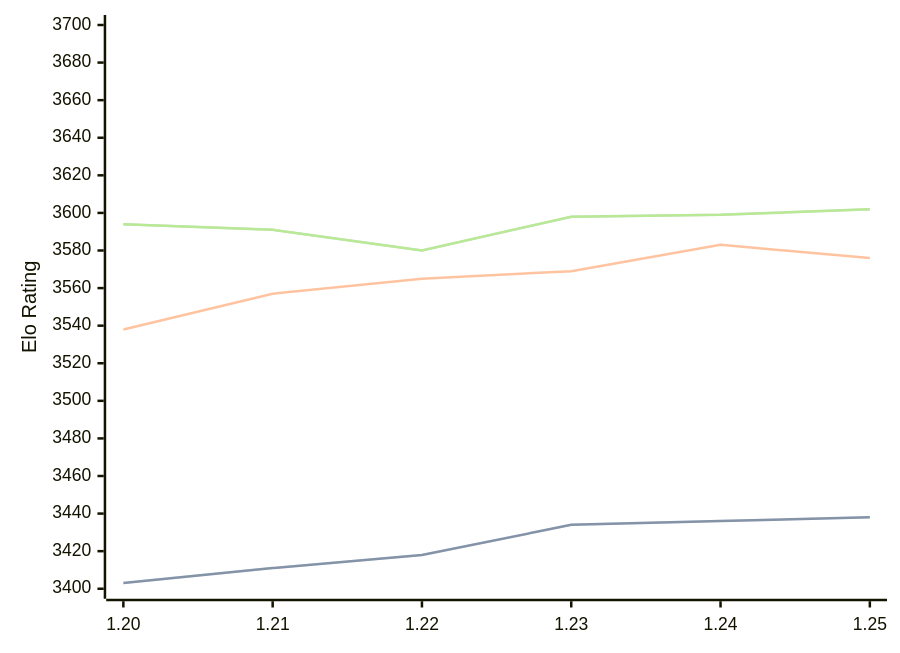
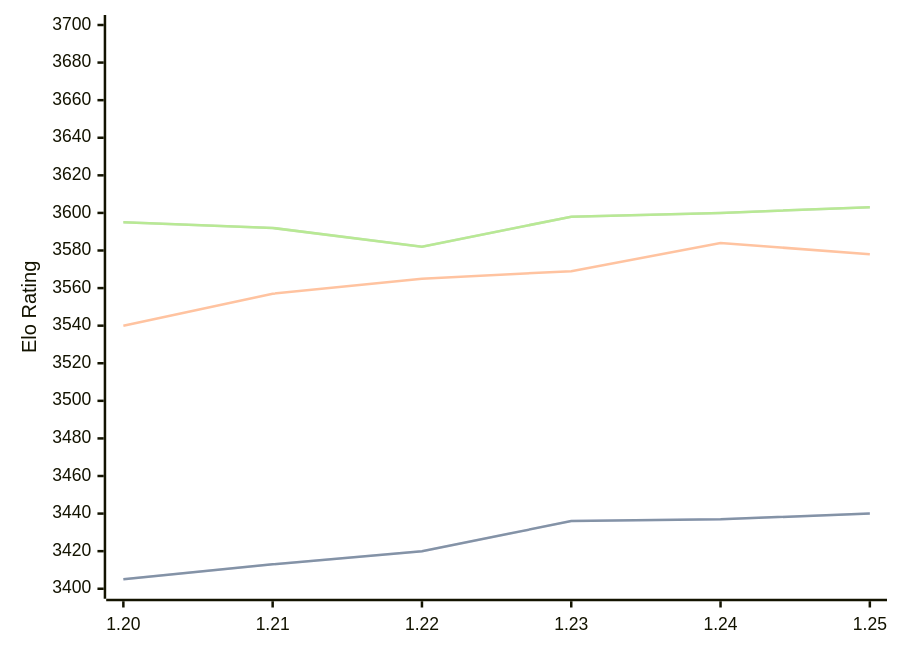
The diagram in engines/Caissa.md (computer-chess-index/cci), drawn with Mermaid before and after one commit. The commit also changed other lines of this file, not shown here.

Commit message:
Update CCI Ratings (ELO VLTC) - 2026-05-14

````diff
--- a/engines/Caissa.md
+++ b/engines/Caissa.md
@@ -65,11 +65,11 @@
 ```mermaid
 %%{init: {"theme":"base","themeVariables":{"seriesColors:['#a3a3a3','#222221','#faa371']}}}%%
 xychart-beta
   x-axis ["1.20", "1.21", "1.22", "1.23", "1.24", "1.25"]
   y-axis "Elo Rating" 3400 --> 3700
-  line "STC (8.0+0.08s)" [3403, 3411, 3418, 3434, 3436, 3438]
-  line "STC (8.0+0.08s)" [3403, 3411, 3418, 3434, 3436, 3438]
-  line "LTC (60.0+0.60s)" [3538, 3557, 3565, 3569, 3583, 3576]
-  line "VLTC (2m24s+1.12s)" [3594, 3591, 3580, 3598, 3599, 3602]
-  line "VLTC (2m24s+1.12s)" [3594, 3591, 3580, 3598, 3599, 3602]
+  line "STC (8.0+0.08s)" [3405, 3413, 3420, 3436, 3437, 3440]
+  line "STC (8.0+0.08s)" [3405, 3413, 3420, 3436, 3437, 3440]
+  line "LTC (60.0+0.60s)" [3540, 3557, 3565, 3569, 3584, 3578]
+  line "VLTC (2m24s+1.12s)" [3595, 3592, 3582, 3598, 3600, 3603]
+  line "VLTC (2m24s+1.12s)" [3595, 3592, 3582, 3598, 3600, 3603]
 ```
````
